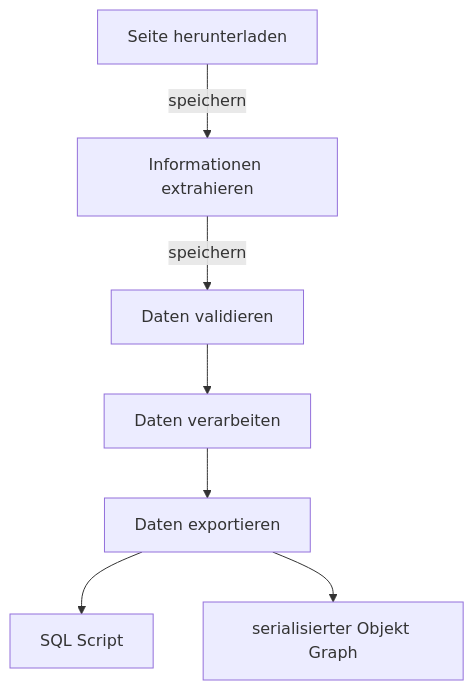
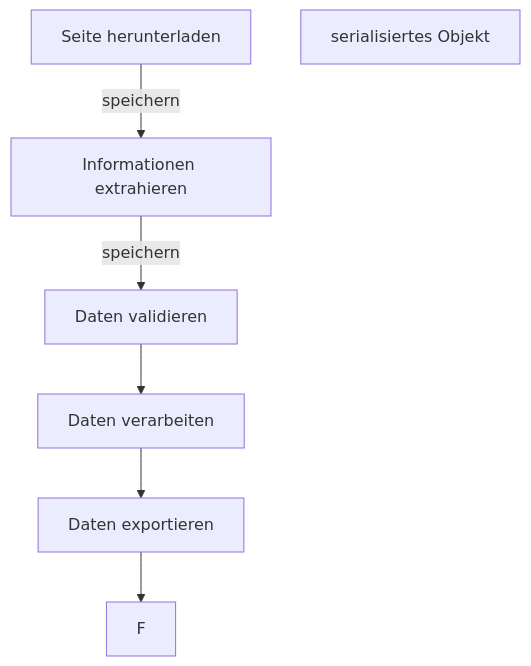
The diagram in README.md (DerIngo/WISIAExtractor), drawn with Mermaid before and after one commit. The commit also changed other lines of this file and 3 other files, not shown here.

```diff
--- a/README.md
+++ b/README.md
@@ -20,11 +20,9 @@
 ~~~mermaid
 flowchart TD
     A[Seite herunterladen] -->|speichern| B
     B[Informationen extrahieren] -->|speichern| C
     C[Daten validieren] --> D
     D[Daten verarbeiten] --> E
     E[Daten exportieren] --> F
-    E --> G
-    F[SQL Script]
-    G[serialisierter Objekt Graph]
+    G[serialisiertes Objekt]
 ~~~
```
